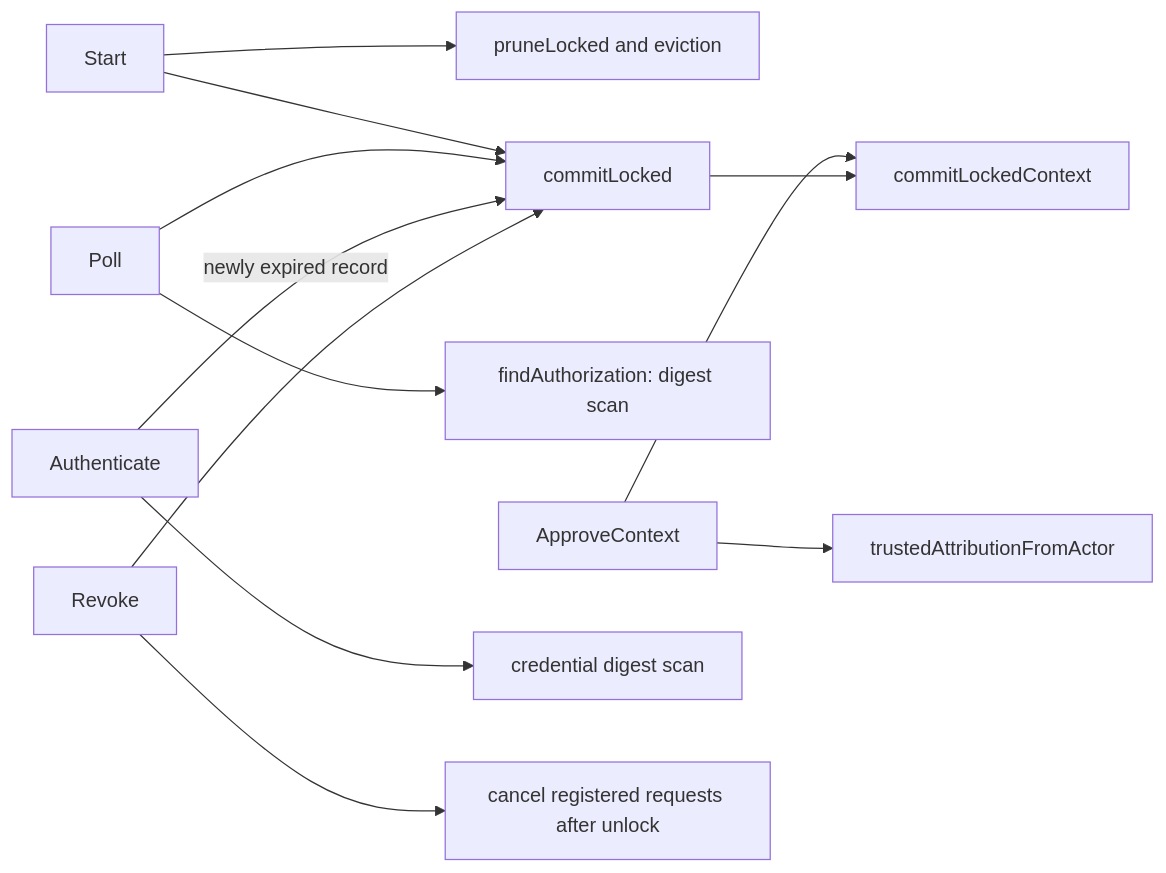
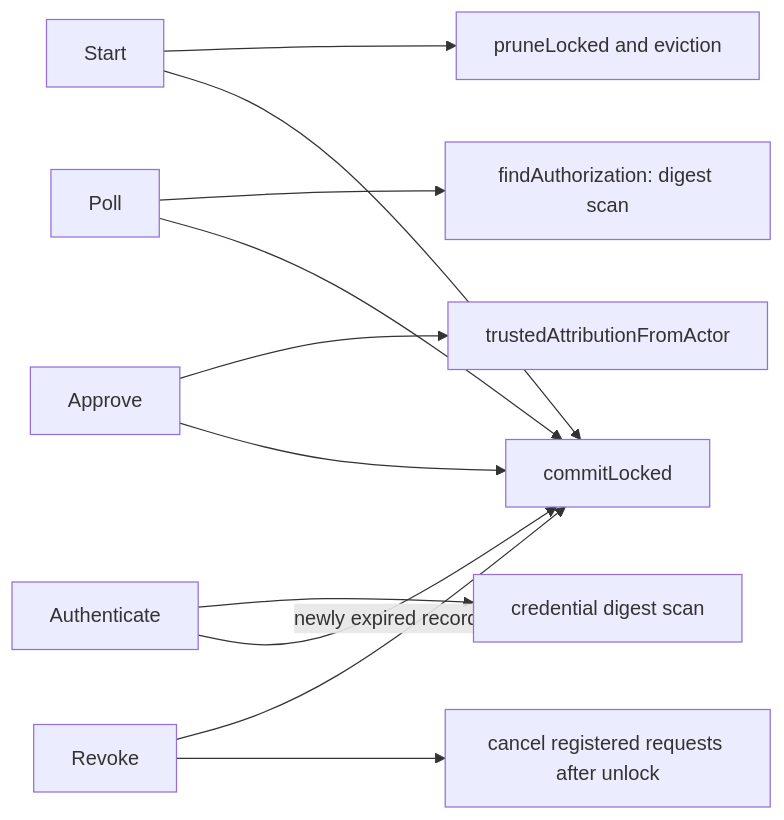
One commit to nebler/fern changed the first of 2 diagrams in internal/pluginauth/README.md. Above: the diagram before and after it, drawn with Mermaid. The commit also changed other lines of this file and 7 other files, not shown here.

````diff
--- a/internal/pluginauth/README.md
+++ b/internal/pluginauth/README.md
@@ -22,14 +22,13 @@
 ```mermaid
 graph LR
   start["Start"] --> prune["pruneLocked and eviction"]
   start --> commit["commitLocked"]
   poll["Poll"] --> find["findAuthorization: digest scan"]
   poll --> commit
-  approve["ApproveContext"] --> actor["trustedAttributionFromActor"]
-  approve --> contextcommit["commitLockedContext"]
-  commit --> contextcommit
+  approve["Approve"] --> actor["trustedAttributionFromActor"]
+  approve --> commit
   auth["Authenticate"] --> scan["credential digest scan"]
   auth -->|"newly expired record"| commit
   revoke["Revoke"] --> commit
   revoke --> cancel["cancel registered requests after unlock"]
 ```
````
